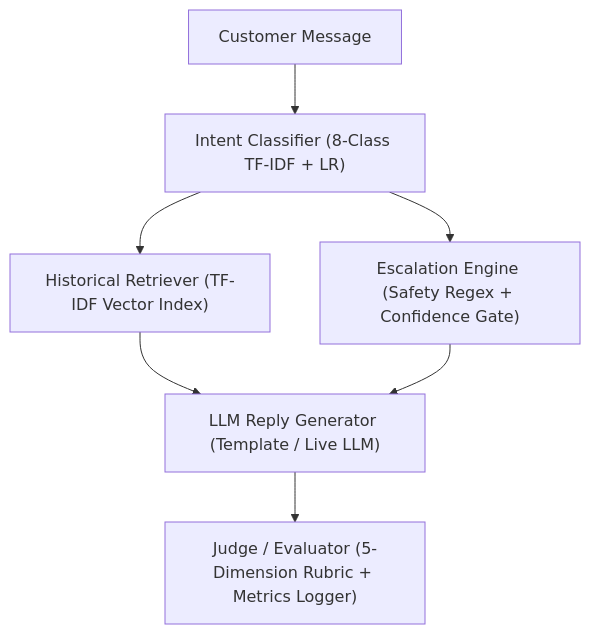
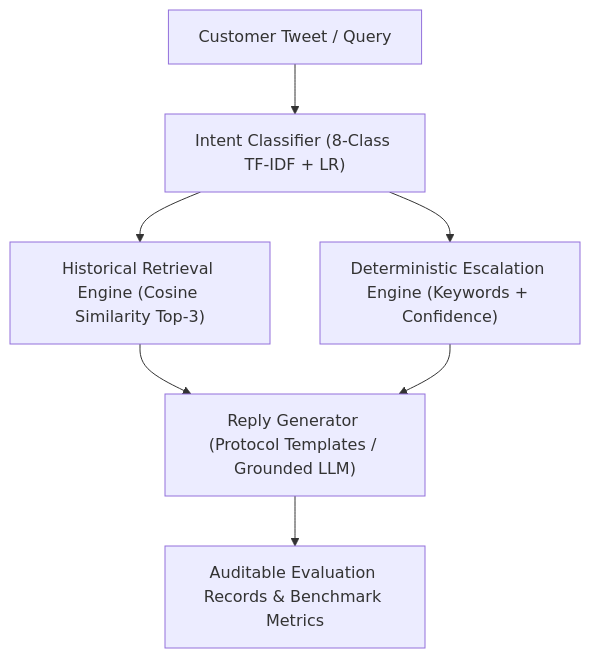
Before and after one commit to dvynshuu/hiver: the diagram in REPORT.md, drawn with Mermaid. The commit also changed other lines of this file and 30 other files, not shown here.

First line of the commit message:
feat(eval): implement authentic human evaluation workflow and llm-as-judge validation

````diff
--- a/REPORT.md
+++ b/REPORT.md
@@ -47,9 +47,9 @@
 ```mermaid
 flowchart TD
-    A["Customer Message"] --> B["Intent Classifier (8-Class TF-IDF + LR)"]
-    B --> C["Historical Retriever (TF-IDF Vector Index)"]
-    B --> D["Escalation Engine (Safety Regex + Confidence Gate)"]
-    C --> E["LLM Reply Generator (Template / Live LLM)"]
+    A["Customer Tweet / Query"] --> B["Intent Classifier (8-Class TF-IDF + LR)"]
+    B --> C["Historical Retrieval Engine (Cosine Similarity Top-3)"]
+    B --> D["Deterministic Escalation Engine (Keywords + Confidence)"]
+    C --> E["Reply Generator (Protocol Templates / Grounded LLM)"]
     D --> E
-    E --> F["Judge / Evaluator (5-Dimension Rubric + Metrics Logger)"]
+    E --> F["Auditable Evaluation Records & Benchmark Metrics"]
 ```
````
